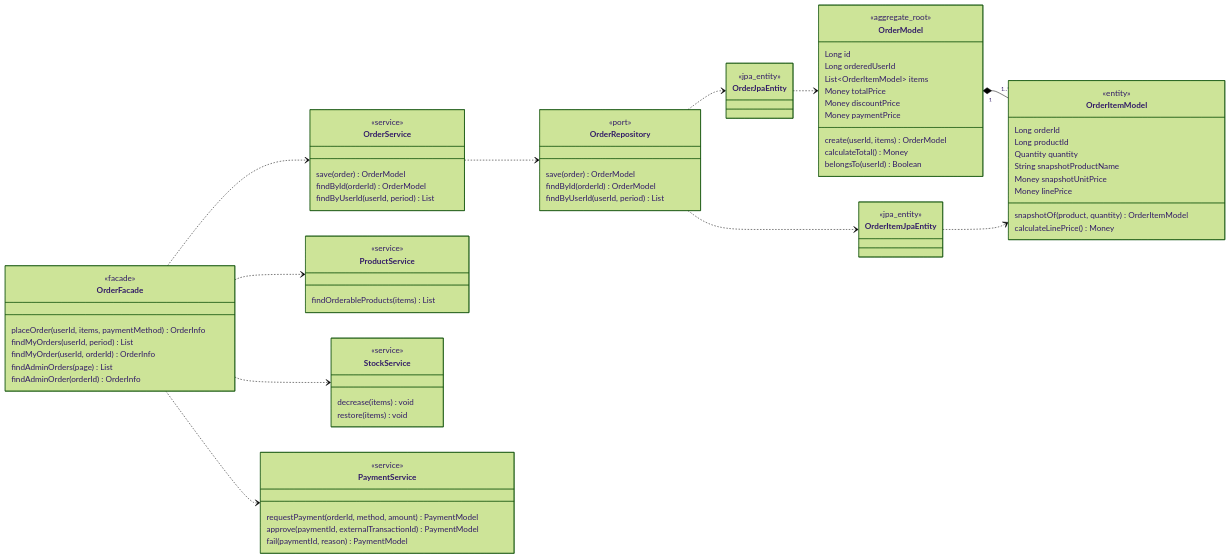
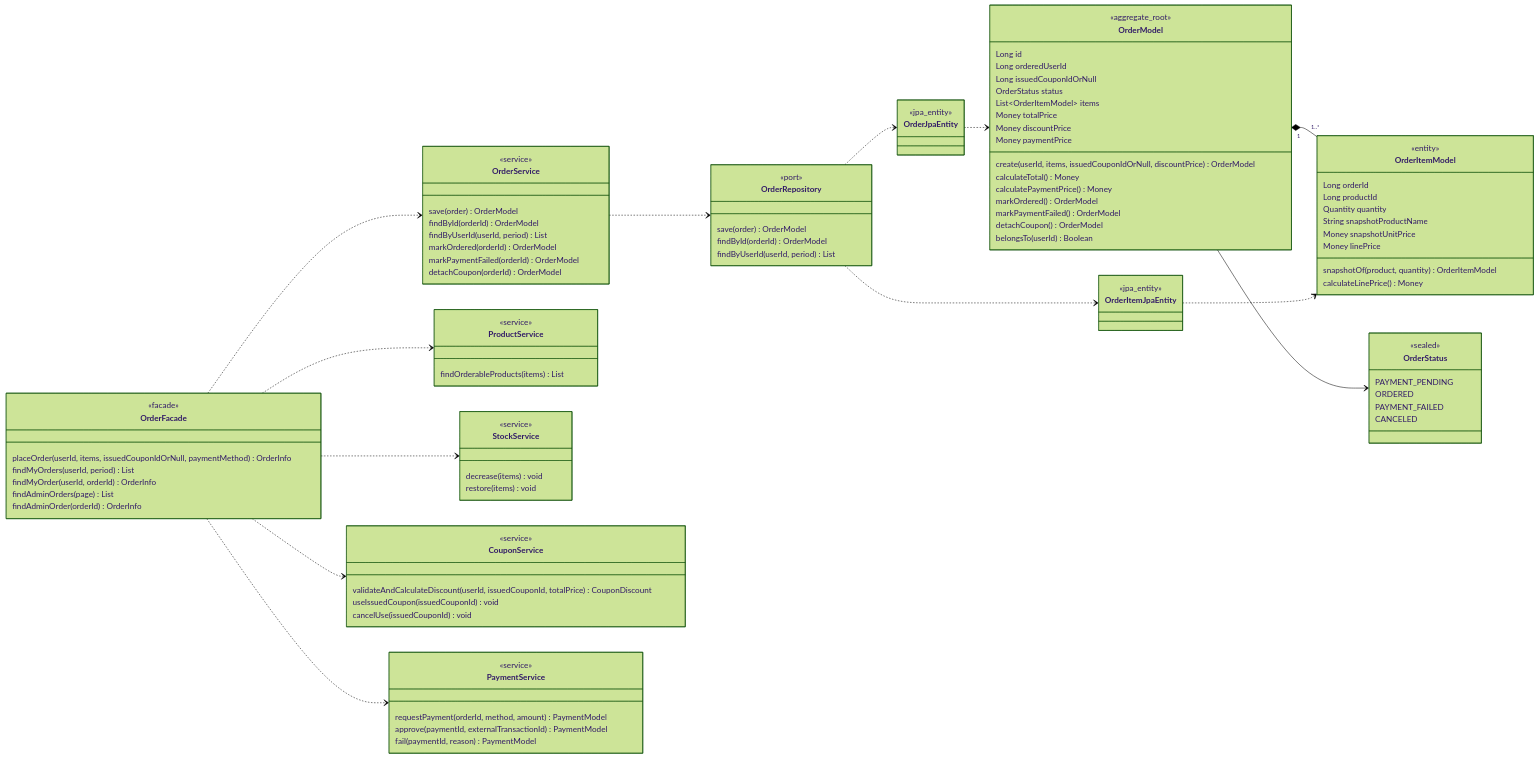
The sixth of 10 diagrams in docs/design/03-class-diagram.md (loopers-labs/loop-pack-be-l2-vol4-kotlin), drawn with Mermaid (forest theme) before and after one commit. The commit also changed other lines of this file and 3 other files, not shown here.

```diff
--- a/docs/design/03-class-diagram.md
+++ b/docs/design/03-class-diagram.md
@@ -551,13 +554,27 @@
         <<aggregate_root>>
         Long id
         Long orderedUserId
+        Long issuedCouponIdOrNull
+        OrderStatus status
         List~OrderItemModel~ items
         Money totalPrice
         Money discountPrice
         Money paymentPrice
-        create(userId, items) OrderModel
+        create(userId, items, issuedCouponIdOrNull, discountPrice) OrderModel
         calculateTotal() Money
+        calculatePaymentPrice() Money
+        markOrdered() OrderModel
+        markPaymentFailed() OrderModel
+        detachCoupon() OrderModel
         belongsTo(userId) Boolean
+    }
+
+    class OrderStatus {
+        <<sealed>>
+        PAYMENT_PENDING
+        ORDERED
+        PAYMENT_FAILED
+        CANCELED
     }
 
     class OrderItemModel {
@@ -574,7 +591,7 @@
 
     class OrderFacade {
         <<facade>>
-        placeOrder(userId, items, paymentMethod) OrderInfo
+        placeOrder(userId, items, issuedCouponIdOrNull, paymentMethod) OrderInfo
         findMyOrders(userId, period) List
         findMyOrder(userId, orderId) OrderInfo
         findAdminOrders(page) List
@@ -586,6 +603,9 @@
         save(order) OrderModel
         findById(orderId) OrderModel
         findByUserId(userId, period) List
+        markOrdered(orderId) OrderModel
+        markPaymentFailed(orderId) OrderModel
+        detachCoupon(orderId) OrderModel
     }
 
     class ProductService {
@@ -597,6 +617,13 @@
         <<service>>
         decrease(items) void
         restore(items) void
+    }
+
+    class CouponService {
+        <<service>>
+        validateAndCalculateDiscount(userId, issuedCouponId, totalPrice) CouponDiscount
+        useIssuedCoupon(issuedCouponId) void
+        cancelUse(issuedCouponId) void
     }
 
     class PaymentService {
@@ -622,9 +649,11 @@
     }
 
     OrderModel "1" *-- "1..*" OrderItemModel
+    OrderModel --> OrderStatus
     OrderFacade ..> OrderService
     OrderFacade ..> ProductService
     OrderFacade ..> StockService
+    OrderFacade ..> CouponService
     OrderFacade ..> PaymentService
     OrderService ..> OrderRepository
     OrderRepository ..> OrderJpaEntity
```
